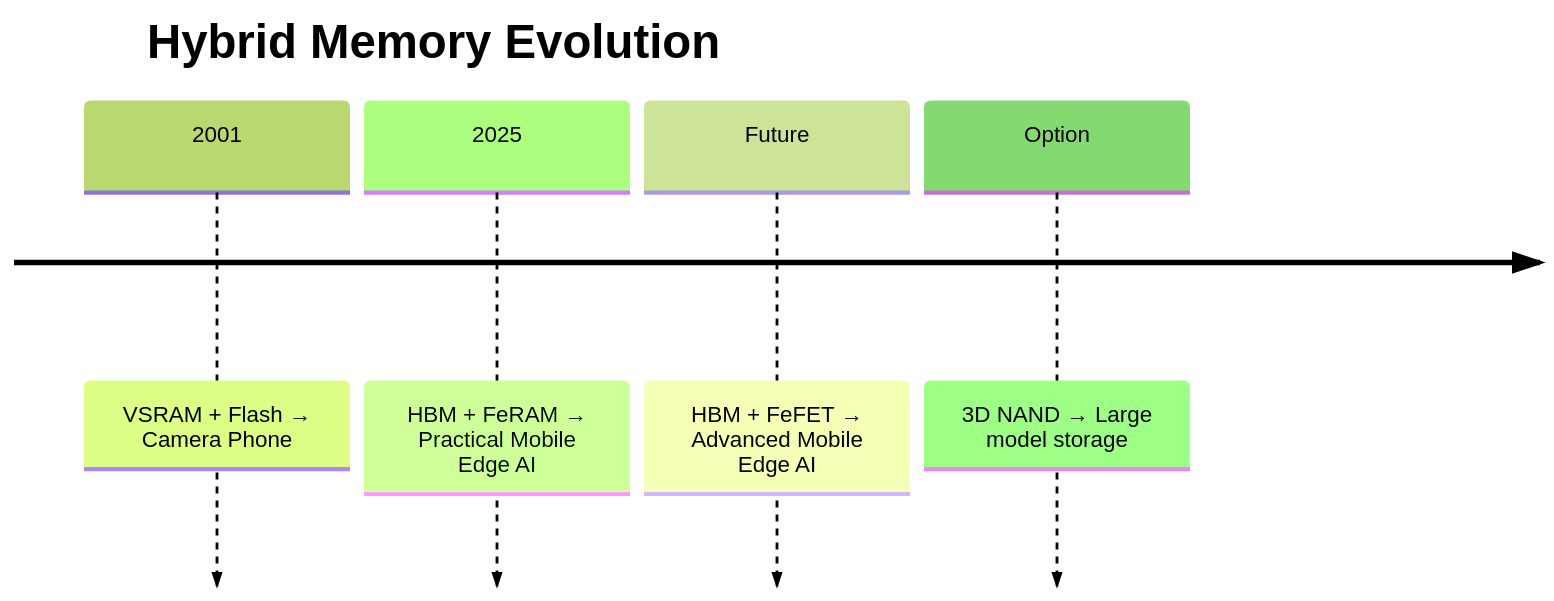
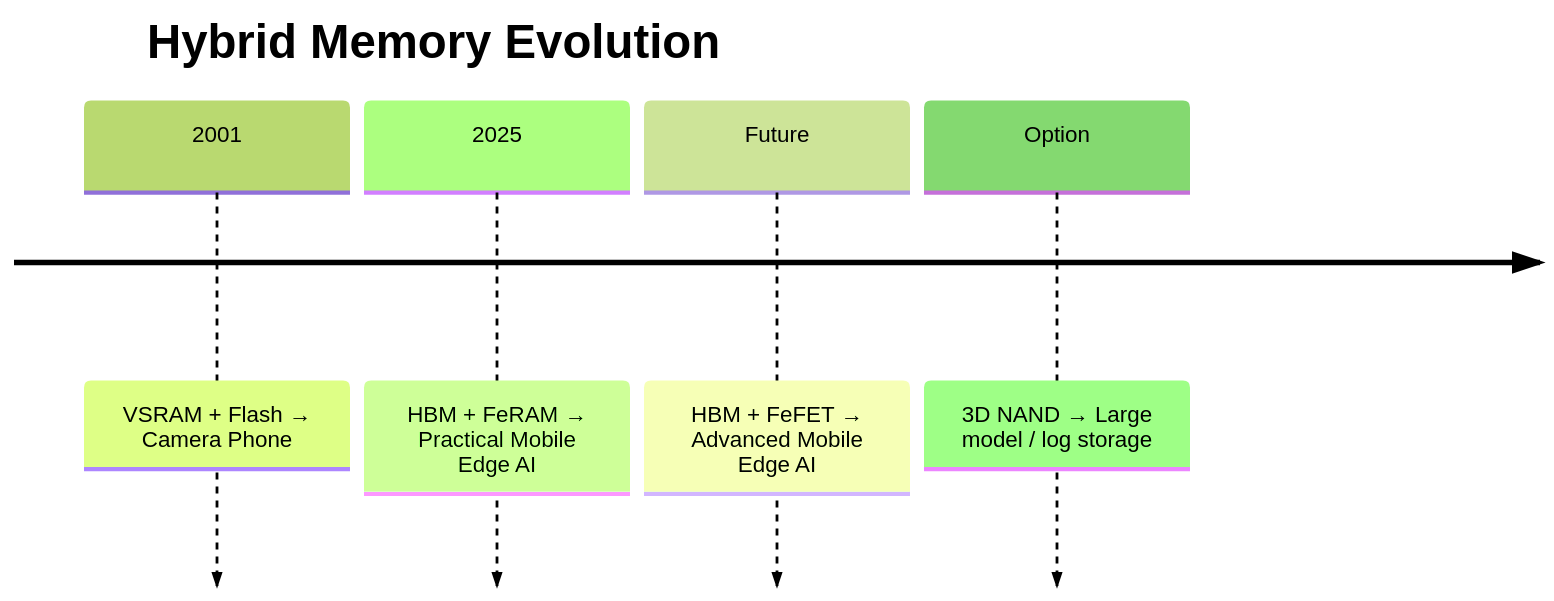
One commit to Samizo-AITL/Edusemi-Plus changed the first of 2 diagrams in archive/in2001/VSRAM_2001.md. Above: the diagram before and after it, drawn with Mermaid (forest theme). The commit also changed other lines of this file, not shown here.

````diff
--- a/archive/in2001/VSRAM_2001.md
+++ b/archive/in2001/VSRAM_2001.md
@@ -134,8 +136,8 @@
 ```mermaid
 timeline
     title Hybrid Memory Evolution
     2001 : VSRAM + Flash → Camera Phone
     2025 : HBM + FeRAM → Practical Mobile Edge AI
     Future : HBM + FeFET → Advanced Mobile Edge AI
-    Option : 3D NAND → Large model storage
+    Option : 3D NAND → Large model / log storage
 ```
````
